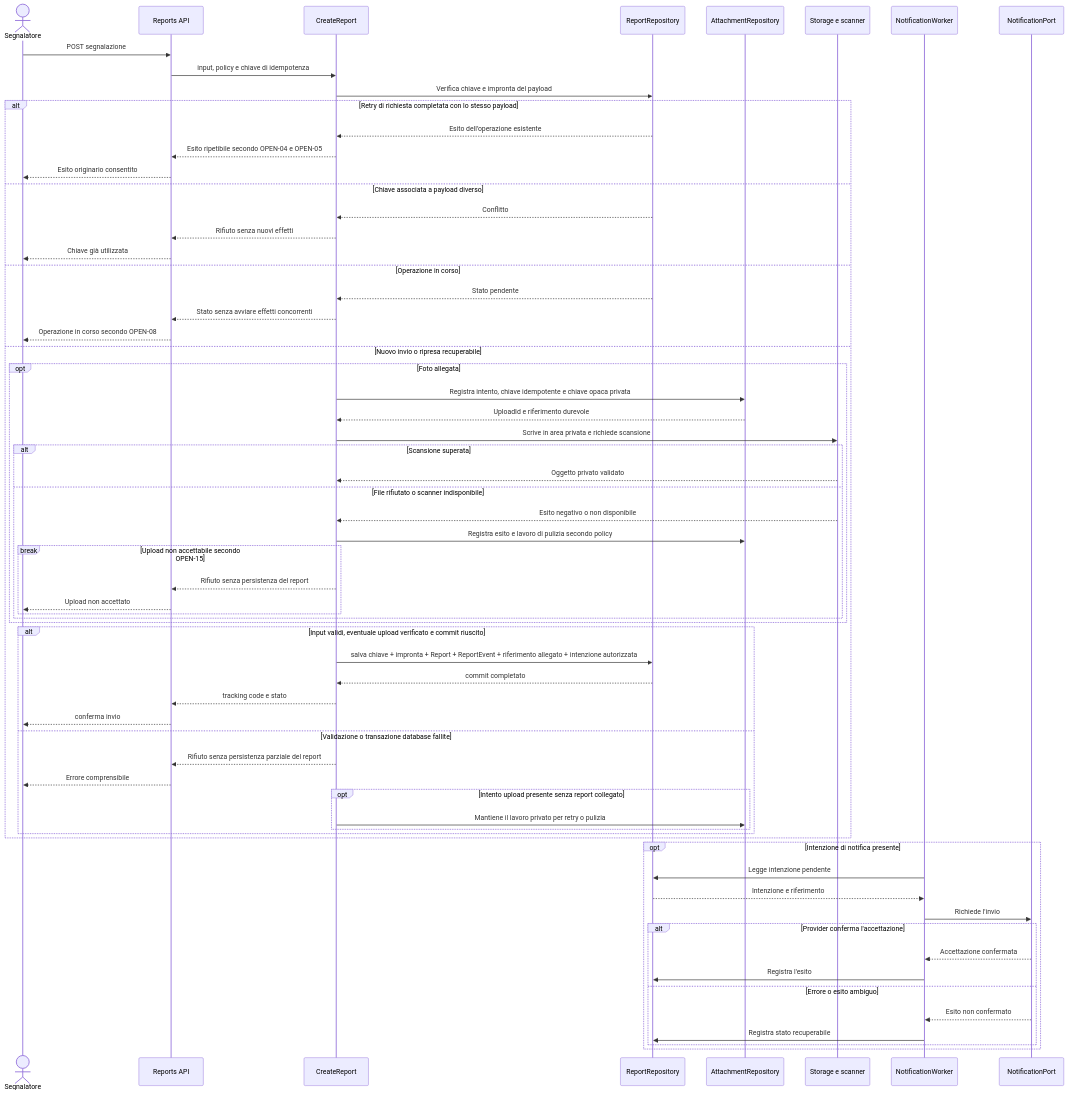
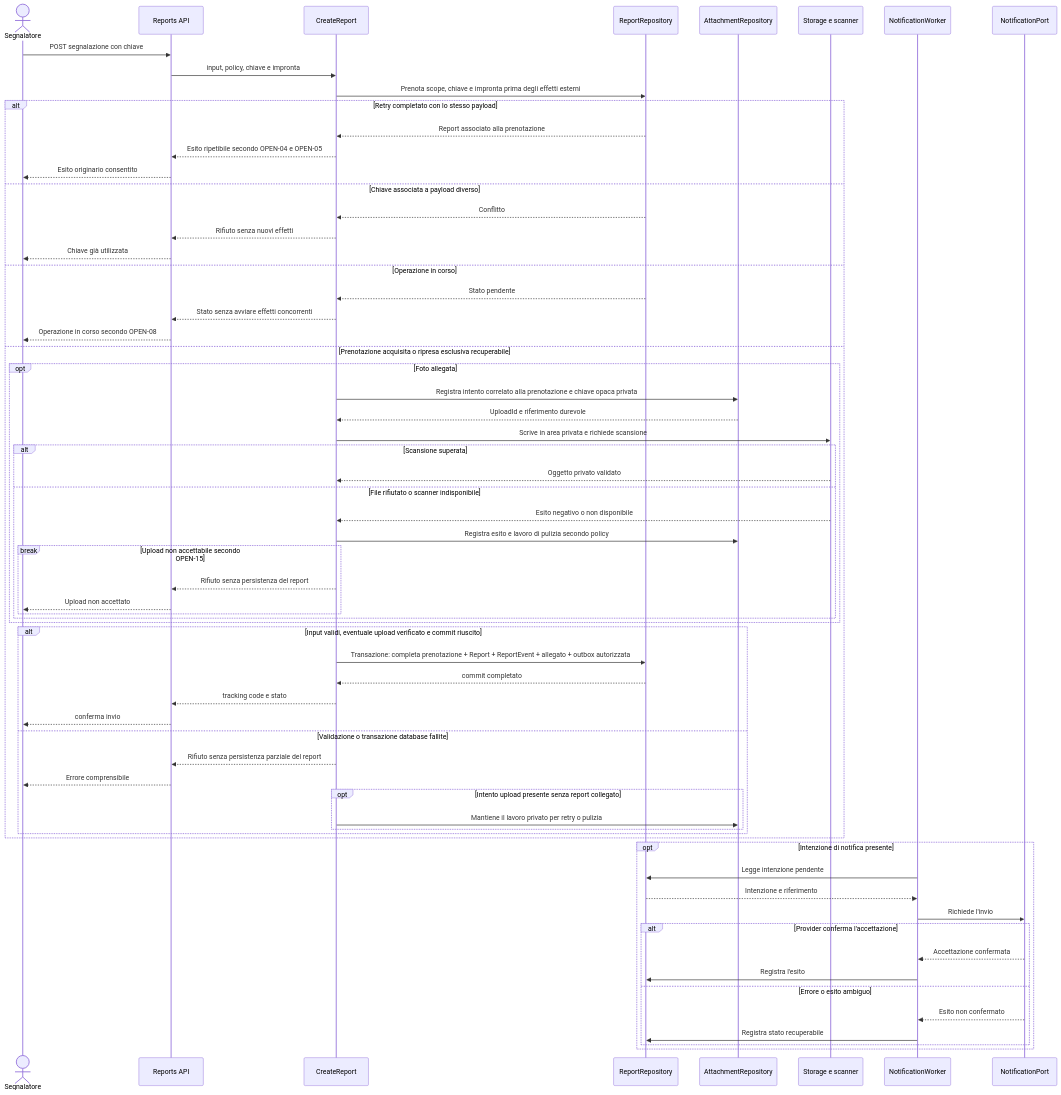
The fifth of 9 diagrams in docs/RAD.md (andreaplini/aegis), drawn with Mermaid before and after one commit. The commit also changed other lines of this file and 6 other files, not shown here.

````diff
--- a/docs/RAD.md
+++ b/docs/RAD.md
@@ -533,68 +547,68 @@
 ```mermaid
 sequenceDiagram
   accDescr: L'API salva segnalazione, evento e intenzione di notifica autorizzata in modo atomico. Un worker invia la notifica dopo il commit e registra gli esiti.
   actor S as Segnalatore
   participant API as Reports API
   participant UC as CreateReport
   participant Repo as ReportRepository
   participant Attach as AttachmentRepository
   participant Upload as Storage e scanner
   participant W as NotificationWorker
   participant N as NotificationPort
-  S->>API: POST segnalazione
-  API->>UC: input, policy e chiave di idempotenza
-  UC->>Repo: Verifica chiave e impronta del payload
-  alt Retry di richiesta completata con lo stesso payload
-    Repo-->>UC: Esito dell’operazione esistente
+  S->>API: POST segnalazione con chiave
+  API->>UC: input, policy, chiave e impronta
+  UC->>Repo: Prenota scope, chiave e impronta prima degli effetti esterni
+  alt Retry completato con lo stesso payload
+    Repo-->>UC: Report associato alla prenotazione
     UC-->>API: Esito ripetibile secondo OPEN-04 e OPEN-05
     API-->>S: Esito originario consentito
   else Chiave associata a payload diverso
     Repo-->>UC: Conflitto
     UC-->>API: Rifiuto senza nuovi effetti
     API-->>S: Chiave già utilizzata
   else Operazione in corso
     Repo-->>UC: Stato pendente
     UC-->>API: Stato senza avviare effetti concorrenti
     API-->>S: Operazione in corso secondo OPEN-08
-  else Nuovo invio o ripresa recuperabile
+  else Prenotazione acquisita o ripresa esclusiva recuperabile
     opt Foto allegata
-      UC->>Attach: Registra intento, chiave idempotente e chiave opaca privata
+      UC->>Attach: Registra intento correlato alla prenotazione e chiave opaca privata
       Attach-->>UC: UploadId e riferimento durevole
       UC->>Upload: Scrive in area privata e richiede scansione
       alt Scansione superata
         Upload-->>UC: Oggetto privato validato
       else File rifiutato o scanner indisponibile
         Upload-->>UC: Esito negativo o non disponibile
         UC->>Attach: Registra esito e lavoro di pulizia secondo policy
         break Upload non accettabile secondo OPEN-15
           UC-->>API: Rifiuto senza persistenza del report
           API-->>S: Upload non accettato
         end
       end
     end
     alt Input validi, eventuale upload verificato e commit riuscito
-      UC->>Repo: salva chiave + impronta + Report + ReportEvent + riferimento allegato + intenzione autorizzata
+      UC->>Repo: Transazione: completa prenotazione + Report + ReportEvent + allegato + outbox autorizzata
       Repo-->>UC: commit completato
       UC-->>API: tracking code e stato
       API-->>S: conferma invio
     else Validazione o transazione database fallite
       UC-->>API: Rifiuto senza persistenza parziale del report
       API-->>S: Errore comprensibile
       opt Intento upload presente senza report collegato
         UC->>Attach: Mantiene il lavoro privato per retry o pulizia
       end
     end
   end
   opt Intenzione di notifica presente
     W->>Repo: Legge intenzione pendente
     Repo-->>W: Intenzione e riferimento
     W->>N: Richiede l'invio
     alt Provider conferma l'accettazione
       N-->>W: Accettazione confermata
       W->>Repo: Registra l'esito
     else Errore o esito ambiguo
       N-->>W: Esito non confermato
       W->>Repo: Registra stato recuperabile
     end
   end
 ```
````
